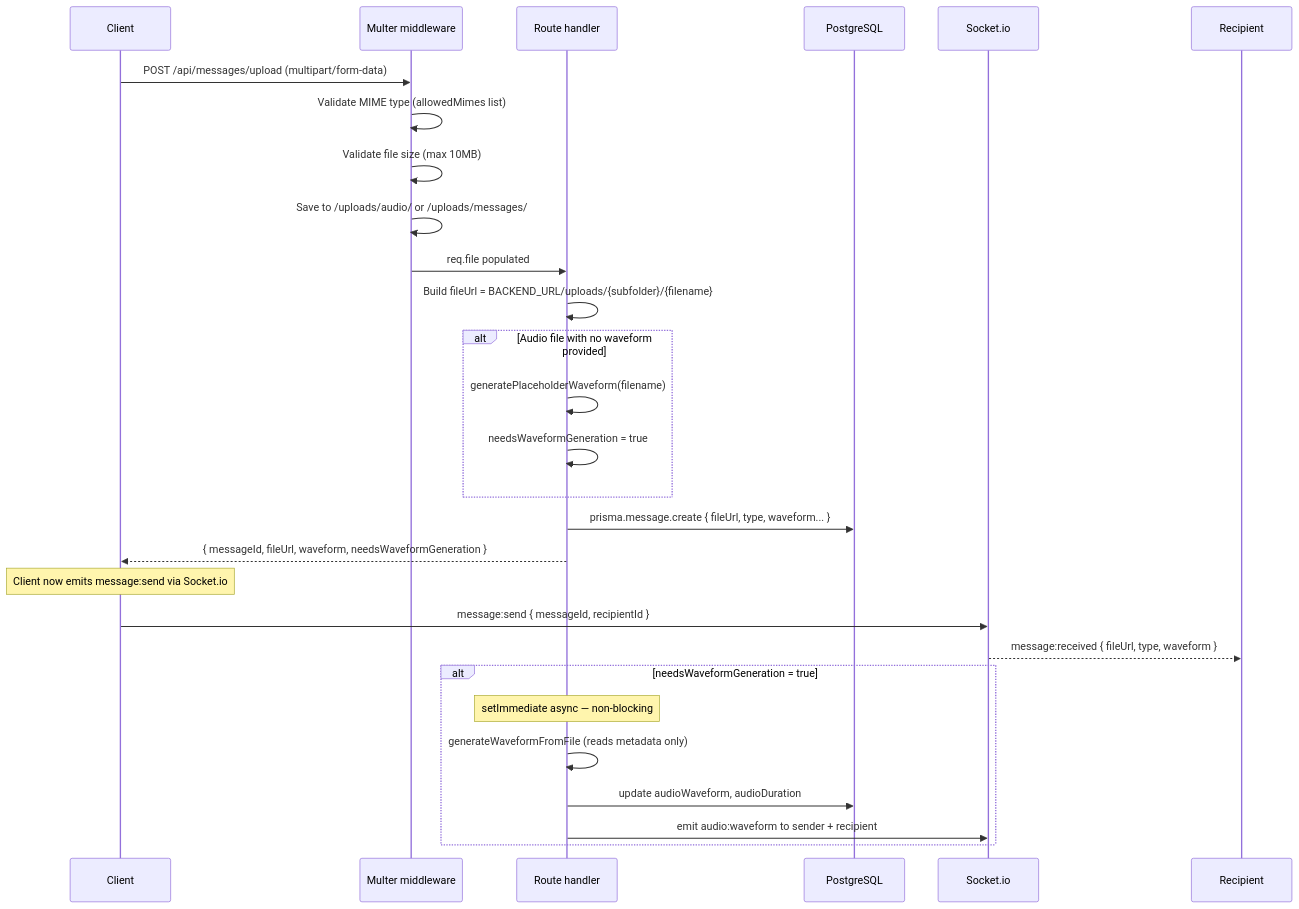
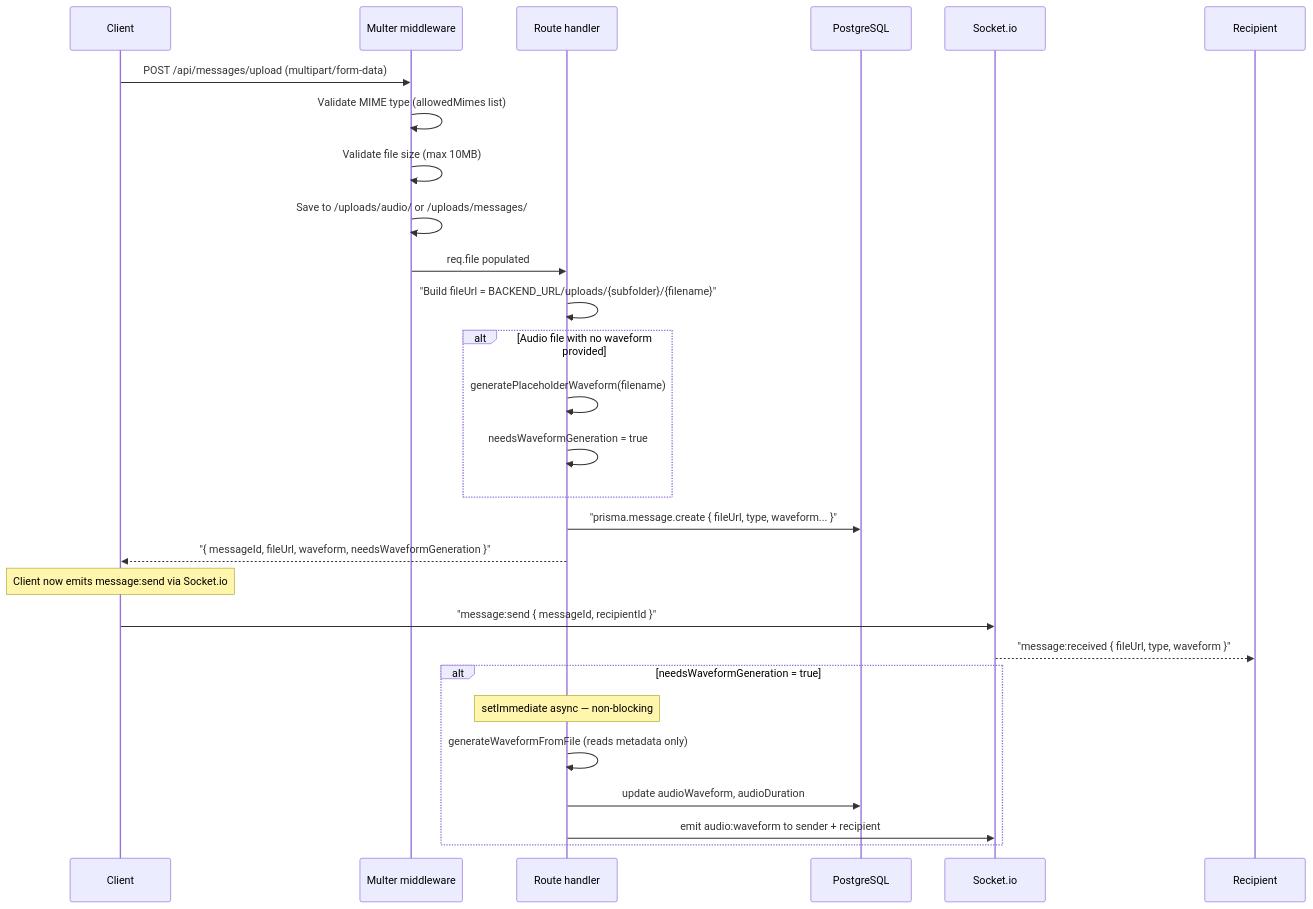
Before and after one commit to neofuture/chatr: the first of 2 diagrams in Documentation/Backend/FILE_UPLOAD.md, drawn with Mermaid. The commit also changed 5 other files, not shown here.

````diff
--- a/Documentation/Backend/FILE_UPLOAD.md
+++ b/Documentation/Backend/FILE_UPLOAD.md
@@ -11,31 +11,31 @@
 ```mermaid
 sequenceDiagram
     participant C as Client
     participant M as Multer middleware
     participant R as Route handler
     participant DB as PostgreSQL
     participant WS as Socket.io
     participant RCP as Recipient
 
     C->>M: POST /api/messages/upload (multipart/form-data)
     M->>M: Validate MIME type (allowedMimes list)
     M->>M: Validate file size (max 10MB)
     M->>M: Save to /uploads/audio/ or /uploads/messages/
     M->>R: req.file populated
-    R->>R: Build fileUrl = BACKEND_URL/uploads/{subfolder}/{filename}
+    R->>R: "Build fileUrl = BACKEND_URL/uploads/{subfolder}/{filename}"
     alt Audio file with no waveform provided
         R->>R: generatePlaceholderWaveform(filename)
         R->>R: needsWaveformGeneration = true
     end
-    R->>DB: prisma.message.create { fileUrl, type, waveform... }
-    R-->>C: { messageId, fileUrl, waveform, needsWaveformGeneration }
+    R->>DB: "prisma.message.create { fileUrl, type, waveform... }"
+    R-->>C: "{ messageId, fileUrl, waveform, needsWaveformGeneration }"
     Note over C: Client now emits message:send via Socket.io
-    C->>WS: message:send { messageId, recipientId }
-    WS-->>RCP: message:received { fileUrl, type, waveform }
+    C->>WS: "message:send { messageId, recipientId }"
+    WS-->>RCP: "message:received { fileUrl, type, waveform }"
     alt needsWaveformGeneration = true
         Note over R: setImmediate async — non-blocking
         R->>R: generateWaveformFromFile (reads metadata only)
         R->>DB: update audioWaveform, audioDuration
         R->>WS: emit audio:waveform to sender + recipient
     end
 ```
````
